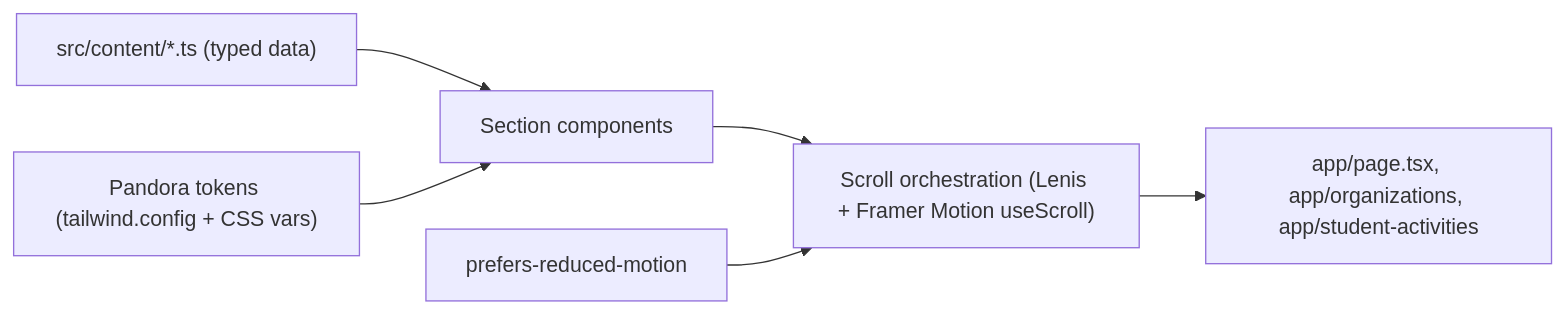
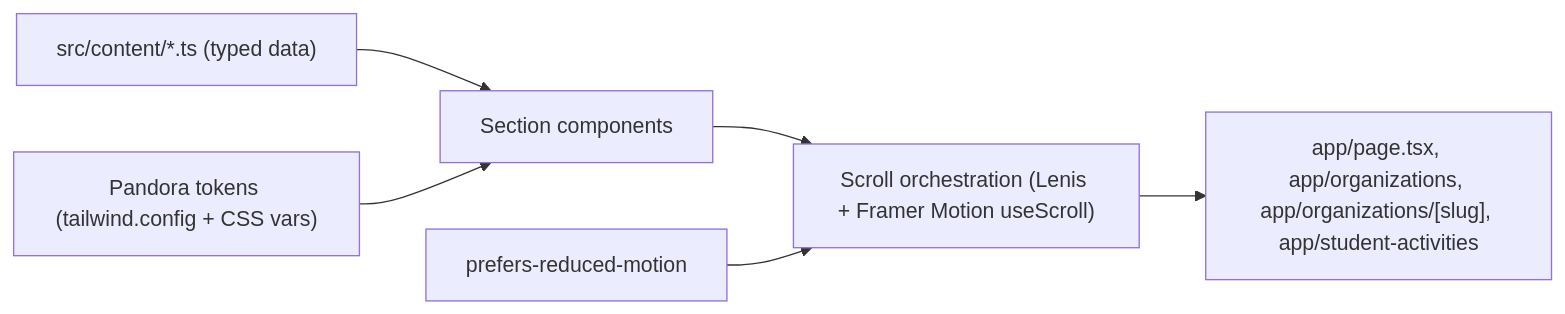
Before and after one commit to u1yuan/site-ccsma: the diagram in .cursor/ARCHITECTURE.md, drawn with Mermaid. The commit also changed other lines of this file and 30 other files, not shown here.

````diff
--- a/.cursor/ARCHITECTURE.md
+++ b/.cursor/ARCHITECTURE.md
@@ -16,8 +16,8 @@
 ```mermaid
 flowchart LR
   content["src/content/*.ts (typed data)"] --> sections["Section components"]
   sections --> scroll["Scroll orchestration (Lenis + Framer Motion useScroll)"]
-  scroll --> pages["app/page.tsx, app/organizations, app/student-activities"]
+  scroll --> pages["app/page.tsx, app/organizations, app/organizations/[slug], app/student-activities"]
   tokens["Pandora tokens (tailwind.config + CSS vars)"] --> sections
   reduced["prefers-reduced-motion"] --> scroll
 ```
````
